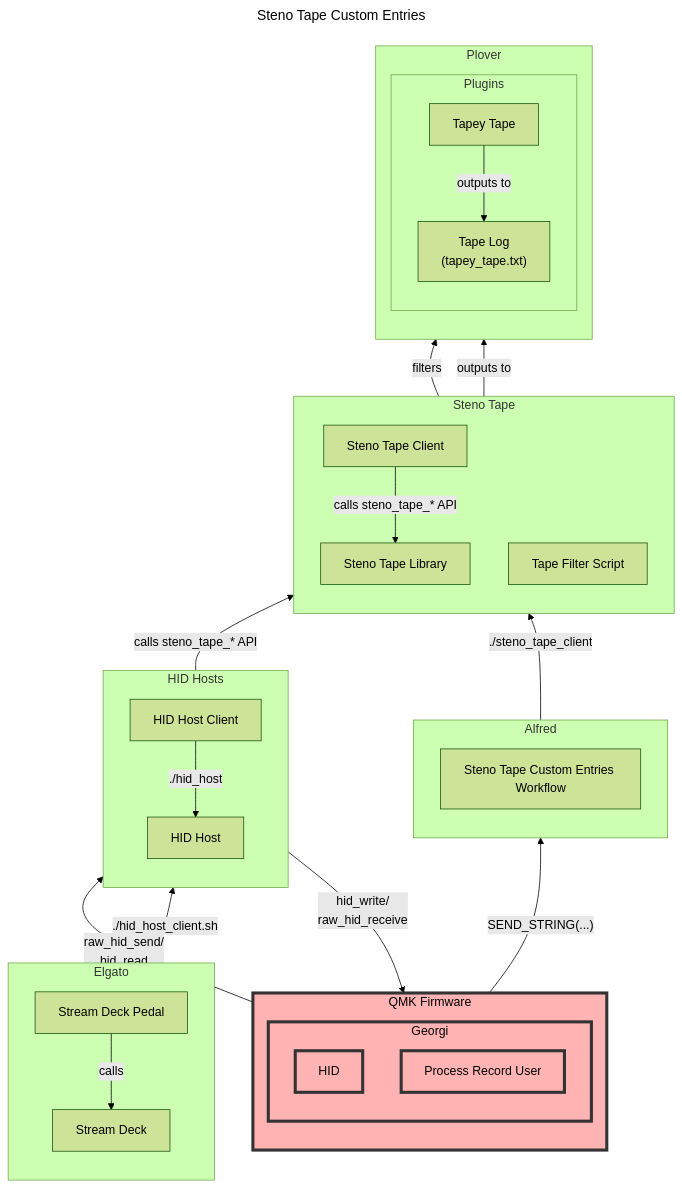
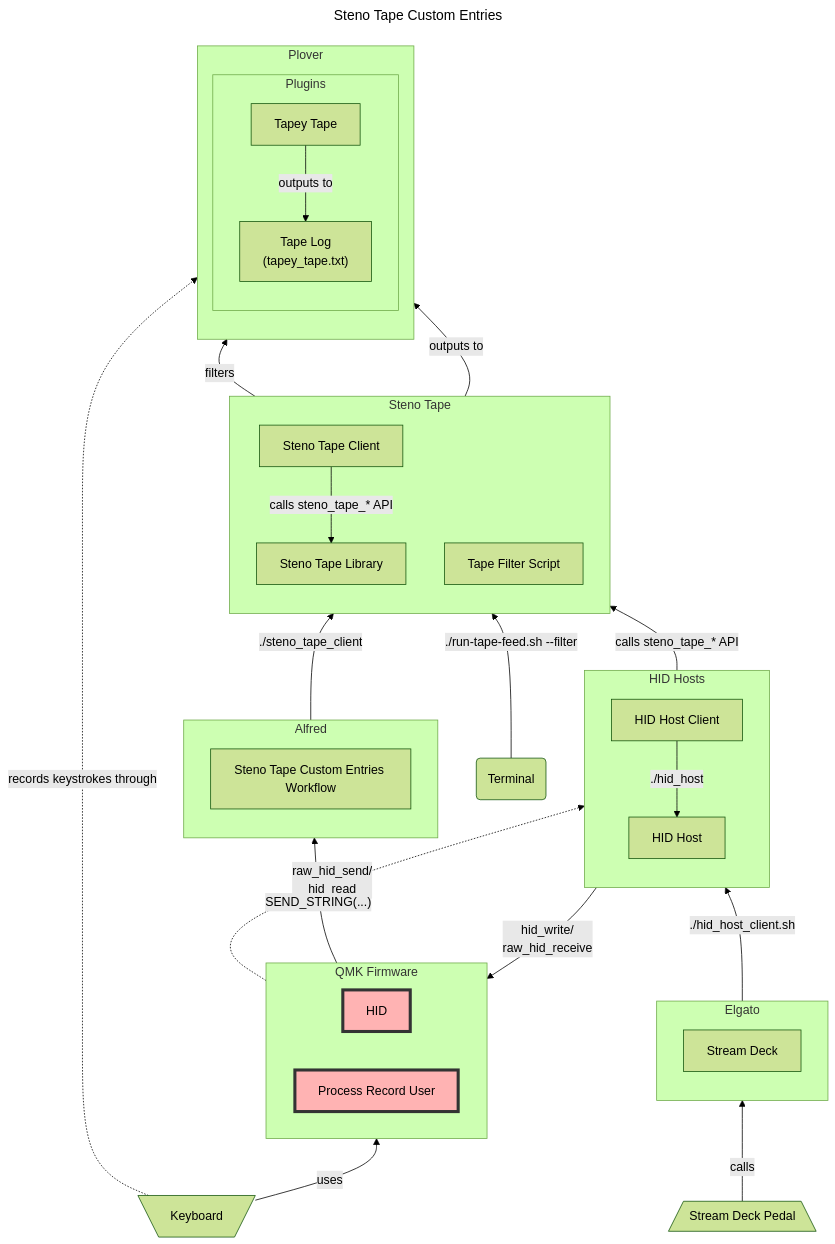
One commit to paulfioravanti/qmk_keymaps changed the diagram in keyboards/gboards/georgi/keymaps/paulfioravanti/README.md. Above: the diagram before and after it, drawn with Mermaid (forest theme).

Commit message:
Update diagram

````diff
--- a/keyboards/gboards/georgi/keymaps/paulfioravanti/README.md
+++ b/keyboards/gboards/georgi/keymaps/paulfioravanti/README.md
@@ -62,15 +62,16 @@
 title: Steno Tape Custom Entries
 ---
 flowchart BT
-  GeorgiHID["HID"]
-  GeorgiProcessRecordUser["Process Record User"]
+  FirmwareHID["HID"]
+  Keyboard[\"Keyboard"/]
+  FirmwareProcessRecordUser["Process Record User"]
   HIDHost["HID Host"]
   HIDHostClient["HID Host Client"]
   StenoTapeLibrary["Steno Tape Library"]
   StenoTapeClient["Steno Tape Client"]
   StenoTapeCustomEntriesWorkflow["Steno Tape Custom Entries Workflow"]
   StreamDeck["Stream Deck"]
-  StreamDeckPedal["Stream Deck Pedal"]
+  StreamDeckPedal[/"Stream Deck Pedal"\]
   TapeyTape[Tapey Tape]
   TapeLogFile["Tape Log\n(tapey_tape.txt)"]
   TapeFilterScript["Tape Filter Script"]
@@ -85,62 +86,59 @@
   subgraph Elgato
     direction TB
     StreamDeck
-    StreamDeckPedal
   end
 
   subgraph HIDHosts["HID Hosts"]
     direction TB
     HIDHost
-    HIDHostClient
+    HIDHostClient -- "`./hid_host`" --> HIDHost
   end
 
   subgraph QMKFirmware["QMK Firmware"]
-    direction TB
-    subgraph Georgi
-      GeorgiHID:::current
-      GeorgiProcessRecordUser:::current
-    end
+    direction LR
+    FirmwareHID:::current
+    FirmwareProcessRecordUser:::current
   end
   class QMKFirmware current
-  class Georgi current
 
   subgraph Plover
     direction TB
     subgraph Plugins
-      TapeyTape
       TapeLogFile
+      TapeyTape -- outputs to --> TapeLogFile
     end
   end
 
   subgraph StenoTape["Steno Tape"]
     direction TB
     StenoTapeLibrary
-    StenoTapeClient
+    StenoTapeClient -- "calls steno_tape_* API" --> StenoTapeLibrary
     TapeFilterScript
   end
 
-  TapeyTape -- outputs to --> TapeLogFile
+  Terminal(Terminal) -- "`./run-tape-feed.sh --filter`" --> TapeFilterScript
   TapeFilterScript -- filters --> TapeLogFile
   StenoTapeLibrary -- outputs to --> TapeLogFile
-  StenoTapeClient -- "calls steno_tape_* API" --> StenoTapeLibrary
   StenoTapeCustomEntriesWorkflow -- "`./steno_tape_client`" --> StenoTapeClient
-  GeorgiProcessRecordUser -- "SEND_STRING(...)" --> StenoTapeCustomEntriesWorkflow
+  FirmwareProcessRecordUser -- "SEND_STRING(...)" --> StenoTapeCustomEntriesWorkflow
+  Keyboard -- uses --> QMKFirmware
+  Keyboard -. records keystrokes through .-> TapeyTape
   HIDHost -- "calls steno_tape_* API" --> StenoTapeLibrary
-  HIDHostClient -- "`./hid_host`" --> HIDHost
-  GeorgiHID -- "raw_hid_send/\nhid_read" --> HIDHost
-  HIDHost -- "hid_write/\nraw_hid_receive" --> GeorgiHID
+  FirmwareHID -. "raw_hid_send/\nhid_read" .-> HIDHost
+  HIDHost -- "hid_write/\nraw_hid_receive" --> FirmwareHID
   StreamDeck -- "`./hid_host_client.sh`" --> HIDHostClient
   StreamDeckPedal -- calls --> StreamDeck
 
-  click Dictionaries "https://github.com/paulfioravanti/steno-dictionaries" "Steno Dictionaries" _blank
-  click GeorgiHID "https://github.com/paulfioravanti/qmk_keymaps/blob/master/keyboards/gboards/georgi/keymaps/paulfioravanti/user/hid.c" "Georgi HID" _blank
-  click GeorgiProcessRecordUser "https://github.com/paulfioravanti/qmk_keymaps/blob/master/keyboards/gboards/georgi/keymaps/paulfioravanti/user/process_record_user.c" "Georgi Process Record User" _blank
-  click HIDHost "https://github.com/paulfioravanti/hid_hosts/blob/main/hid_host.c" "HID Host" _blank
-  click HIDHostClient "https://github.com/paulfioravanti/hid_hosts/blob/main/hid_host_client.sh" "HID Host Client" _blank
-  click StenoTapeClient "https://github.com/paulfioravanti/steno_tape/blob/main/clients/steno_tape_client.c" "Steno Tape Client" _blank
-  click StenoTapeCustomEntriesWorkflow "https://github.com/paulfioravanti/dotfiles/tree/master/macos/alfred" "Steno Tape Custom Entries Workflow" _blank
-  click StenoTapeLibrary "https://github.com/paulfioravanti/steno_tape/blob/main/src/steno_tape.c" "Steno Tape" _blank
-  click StreamDeck "https://www.elgato.com/us/en/s/welcome-to-stream-deck" "Stream Deck" _blank
-  click TapeyTape "https://github.com/rabbitgrowth/plover-tapey-tape" "Tapey Tape" _blank
-  click TapeFilterScript "https://github.com/paulfioravanti/steno_tape/blob/main/bin/run-tape-feed.sh" "Tape Filter Script" _blank
+  click Dictionaries href "https://github.com/paulfioravanti/steno-dictionaries" "Steno Dictionaries" _blank
+  click FirmwareHID href "https://github.com/paulfioravanti/qmk_keymaps/blob/master/keyboards/gboards/georgi/keymaps/paulfioravanti/user/hid.c" "Georgi HID" _blank
+  click FirmwareProcessRecordUser href "https://github.com/paulfioravanti/qmk_keymaps/blob/master/keyboards/gboards/georgi/keymaps/paulfioravanti/user/process_record_user.c" "Georgi Process Record User" _blank
+  click HIDHost href "https://github.com/paulfioravanti/hid_hosts/blob/main/hid_host.c" "HID Host" _blank
+  click HIDHostClient href "https://github.com/paulfioravanti/hid_hosts/blob/main/hid_host_client.sh" "HID Host Client" _blank
+  click StenoTapeClient href "https://github.com/paulfioravanti/steno_tape/blob/main/clients/steno_tape_client.c" "Steno Tape Client" _blank
+  click StenoTapeCustomEntriesWorkflow href "https://github.com/paulfioravanti/dotfiles/tree/master/macos/alfred" "Steno Tape Custom Entries Workflow" _blank
+  click StenoTapeLibrary href "https://github.com/paulfioravanti/steno_tape/blob/main/src/steno_tape.c" "Steno Tape" _blank
+  click StreamDeck href "https://www.elgato.com/us/en/s/welcome-to-stream-deck" "Stream Deck" _blank
+  click StreamDeckPedal href "https://www.elgato.com/us/en/p/stream-deck-pedal" "Stream Deck Pedal" _blank
+  click TapeyTape href "https://github.com/rabbitgrowth/plover-tapey-tape" "Tapey Tape" _blank
+  click TapeFilterScript href "https://github.com/paulfioravanti/steno_tape/blob/main/bin/run-tape-feed.sh" "Tape Filter Script" _blank
 ```
````
